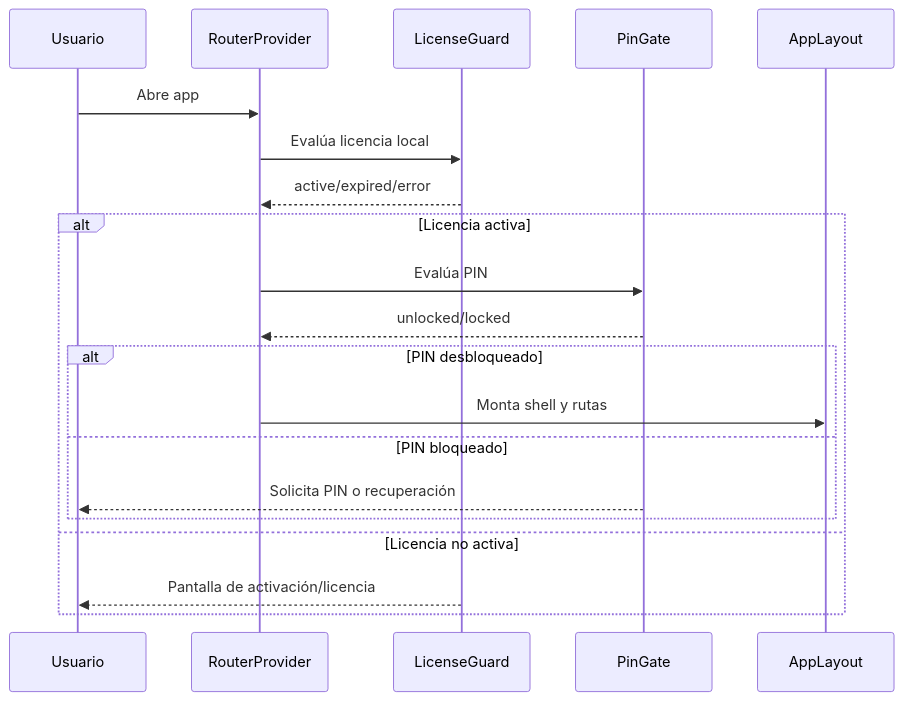
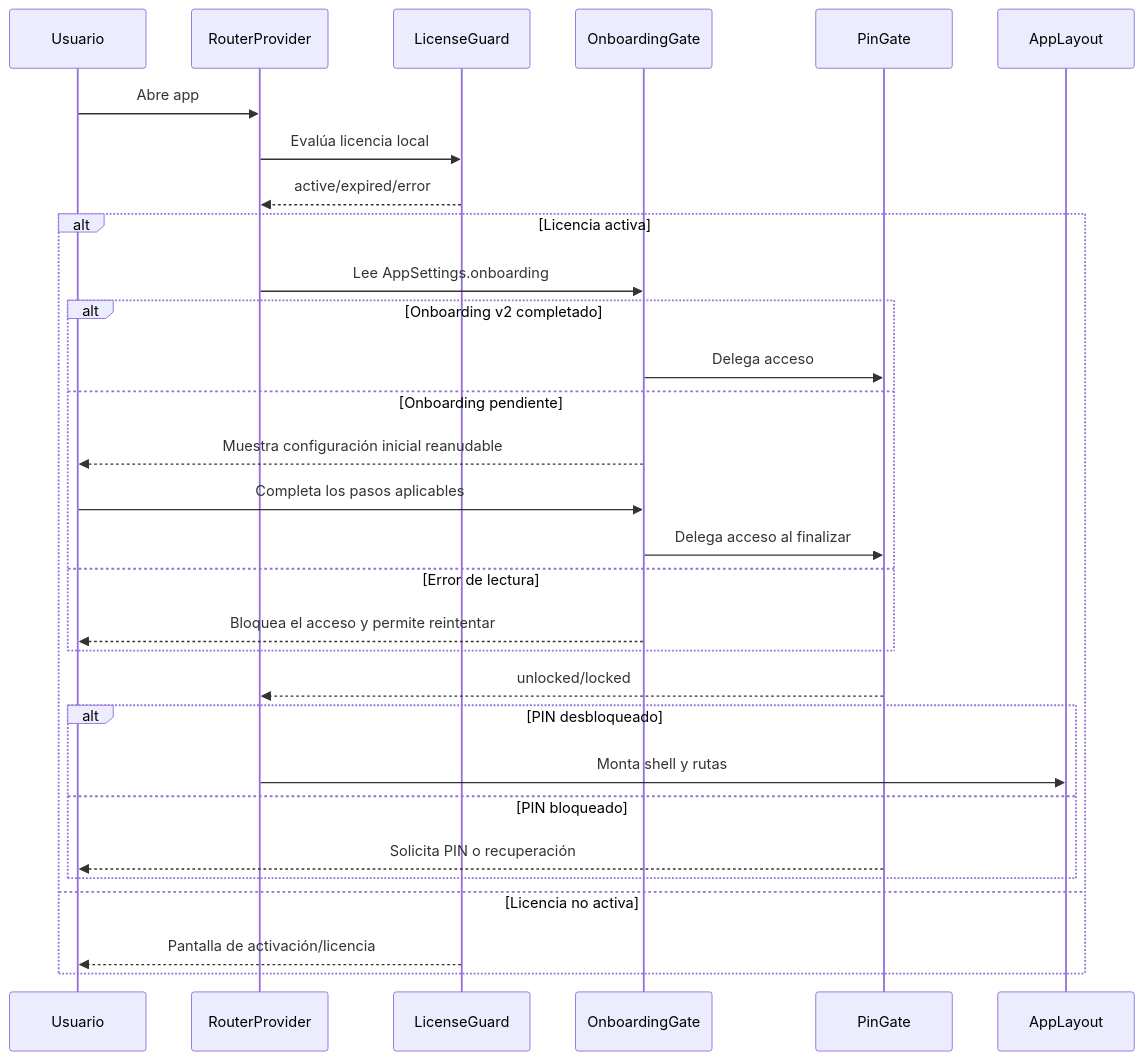
One commit to Orpira/finance-app changed the first of 2 diagrams in docs/architecture/04_APPLICATION_FLOW.md. Above: the diagram before and after it, drawn with Mermaid. The commit also changed other lines of this file and 20 other files, not shown here.

````diff
--- a/docs/architecture/04_APPLICATION_FLOW.md
+++ b/docs/architecture/04_APPLICATION_FLOW.md
@@ -5,23 +5,33 @@
 ```mermaid
 sequenceDiagram
   participant U as Usuario
   participant R as RouterProvider
   participant L as LicenseGuard
+  participant O as OnboardingGate
   participant P as PinGate
   participant A as AppLayout
 
   U->>R: Abre app
   R->>L: Evalúa licencia local
   L-->>R: active/expired/error
   alt Licencia activa
-    R->>P: Evalúa PIN
+    R->>O: Lee AppSettings.onboarding
+    alt Onboarding v2 completado
+      O->>P: Delega acceso
+    else Onboarding pendiente
+      O-->>U: Muestra configuración inicial reanudable
+      U->>O: Completa los pasos aplicables
+      O->>P: Delega acceso al finalizar
+    else Error de lectura
+      O-->>U: Bloquea el acceso y permite reintentar
+    end
     P-->>R: unlocked/locked
     alt PIN desbloqueado
       R->>A: Monta shell y rutas
     else PIN bloqueado
       P-->>U: Solicita PIN o recuperación
     end
   else Licencia no activa
     L-->>U: Pantalla de activación/licencia
   end
 ```
````
